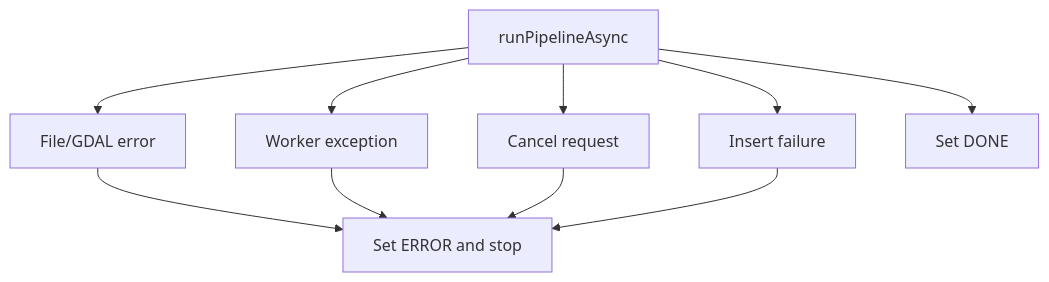
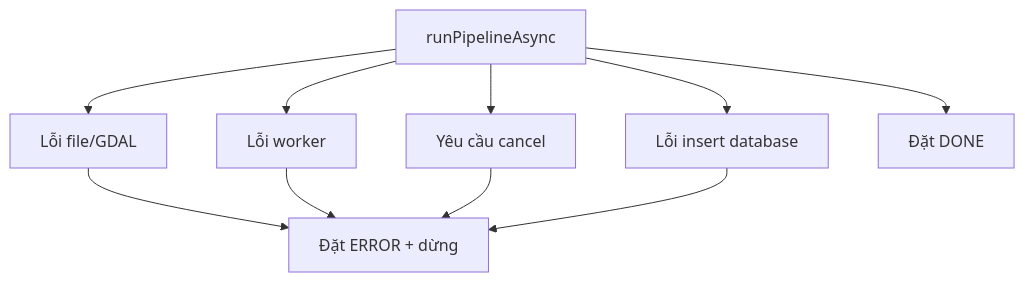
One commit to Dinhthuy2k5/remote-sensing-pipeline changed the second of 2 diagrams in docs/PIPELINE.md. Above: the diagram before and after it, drawn with Mermaid. The commit also changed other lines of this file and 5 other files, not shown here.

````diff
--- a/docs/PIPELINE.md
+++ b/docs/PIPELINE.md
@@ -261,16 +285,16 @@
 ```mermaid
 flowchart TB
     Run["runPipelineAsync"]
-    FileError["File/GDAL error"]
-    WorkerError["Worker exception"]
-    Cancel["Cancel request"]
-    DBError["Insert failure"]
-    Error["Set ERROR and stop"]
-    Done["Set DONE"]
+    FileError["Lỗi file/GDAL"]
+    WorkerError["Lỗi worker"]
+    Cancel["Yêu cầu cancel"]
+    DBError["Lỗi insert database"]
+    Error["Đặt ERROR + dừng"]
+    Done["Đặt DONE"]
 
     Run --> FileError --> Error
     Run --> WorkerError --> Error
     Run --> Cancel --> Error
     Run --> DBError --> Error
     Run --> Done
 ```
````
